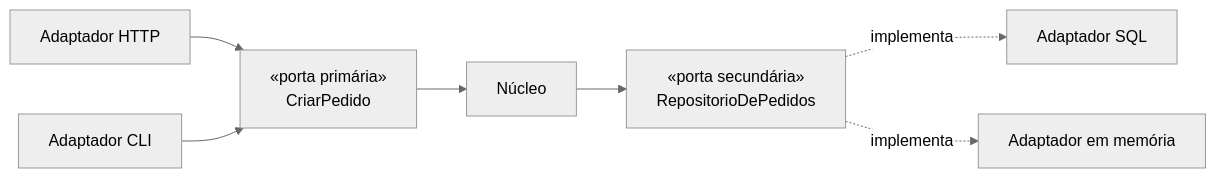
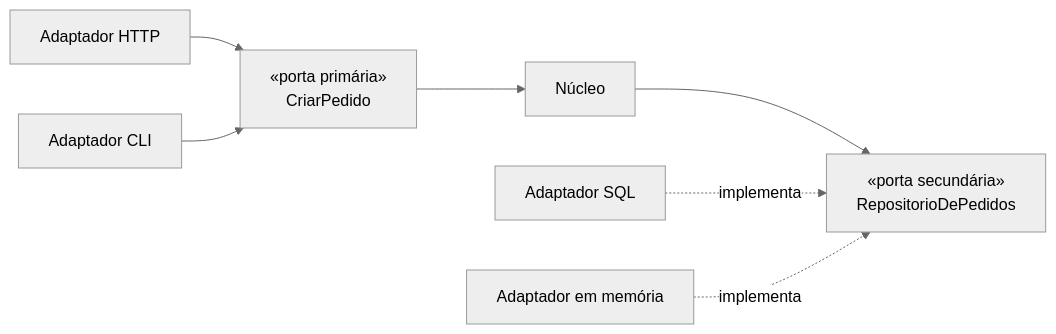
One commit to oadcavalcante/software-architecture-mastery changed the diagram in docs/02-software-design/ports-and-adapters.md. Above: the diagram before and after it, drawn with Mermaid (neutral theme). The commit also changed other lines of this file and 20 other files, not shown here.

````diff
--- a/docs/02-software-design/ports-and-adapters.md
+++ b/docs/02-software-design/ports-and-adapters.md
@@ -66,9 +71,9 @@
 ```mermaid
 graph LR
   HTTP[Adaptador HTTP] --> PP["«porta primária»<br/>CriarPedido"]
   CLI[Adaptador CLI] --> PP
   PP --> N[Núcleo]
   N --> PS["«porta secundária»<br/>RepositorioDePedidos"]
-  PS -.implementa.-> SQL[Adaptador SQL]
-  PS -.implementa.-> MEM[Adaptador em memória]
+  SQL[Adaptador SQL] -.implementa.-> PS
+  MEM[Adaptador em memória] -.implementa.-> PS
 ```
````
